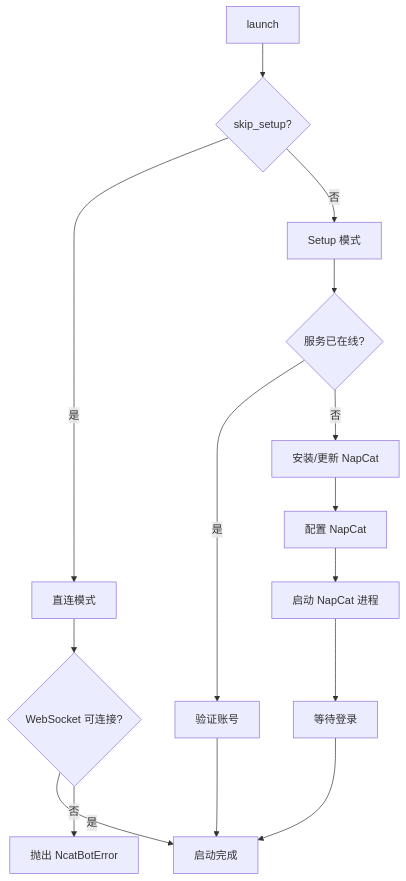
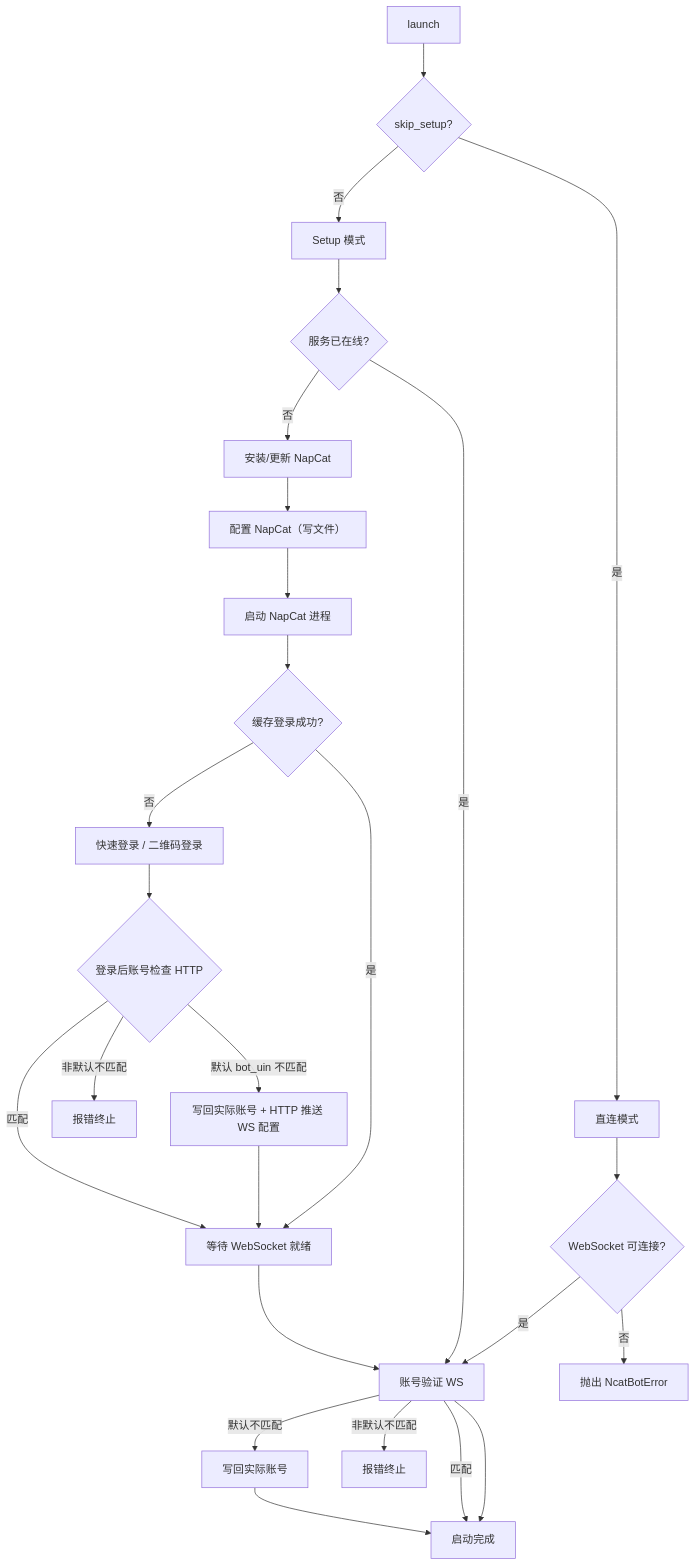
The diagram in docs/notes/reference/7. 适配器/1. 连接.md (huan-yp/NcatBotDocs), drawn with Mermaid before and after one commit. The commit also changed other lines of this file and 2 other files, not shown here.

Commit message:
docs: 同步适配器连接文档 (两阶段账号校验 + wait_for_service 签名修正)

````diff
--- a/docs/notes/reference/7. 适配器/1. 连接.md
+++ b/docs/notes/reference/7. 适配器/1. 连接.md
@@ -130,17 +130,25 @@
 ```mermaid
 flowchart TD
     A[launch] --> B{skip_setup?}
     B -->|是| C[直连模式]
     C --> D{WebSocket 可连接?}
-    D -->|是| OK[启动完成]
+    D -->|是| G[账号验证 WS] --> OK[启动完成]
     D -->|否| ERR1[抛出 NcatBotError]
 
     B -->|否| E[Setup 模式]
     E --> F{服务已在线?}
-    F -->|是| G[验证账号] --> OK
+    F -->|是| G
     F -->|否| H[安装/更新 NapCat]
-    H --> I[配置 NapCat]
+    H --> I[配置 NapCat（写文件）]
     I --> J[启动 NapCat 进程]
-    J --> K[等待登录]
-    K --> OK
+    J --> K{缓存登录成功?}
+    K -->|是| N[等待 WebSocket 就绪] --> G
+    K -->|否| L[快速登录 / 二维码登录]
+    L --> LC{登录后账号检查 HTTP}
+    LC -->|非默认不匹配| ERR2[报错终止]
+    LC -->|默认 bot_uin 不匹配| M[写回实际账号 + HTTP 推送 WS 配置] --> N
+    LC -->|匹配| N
+    G -->|匹配| OK
+    G -->|默认不匹配| M2[写回实际账号] --> OK
+    G -->|非默认不匹配| ERR3[报错终止]
 ```
````
